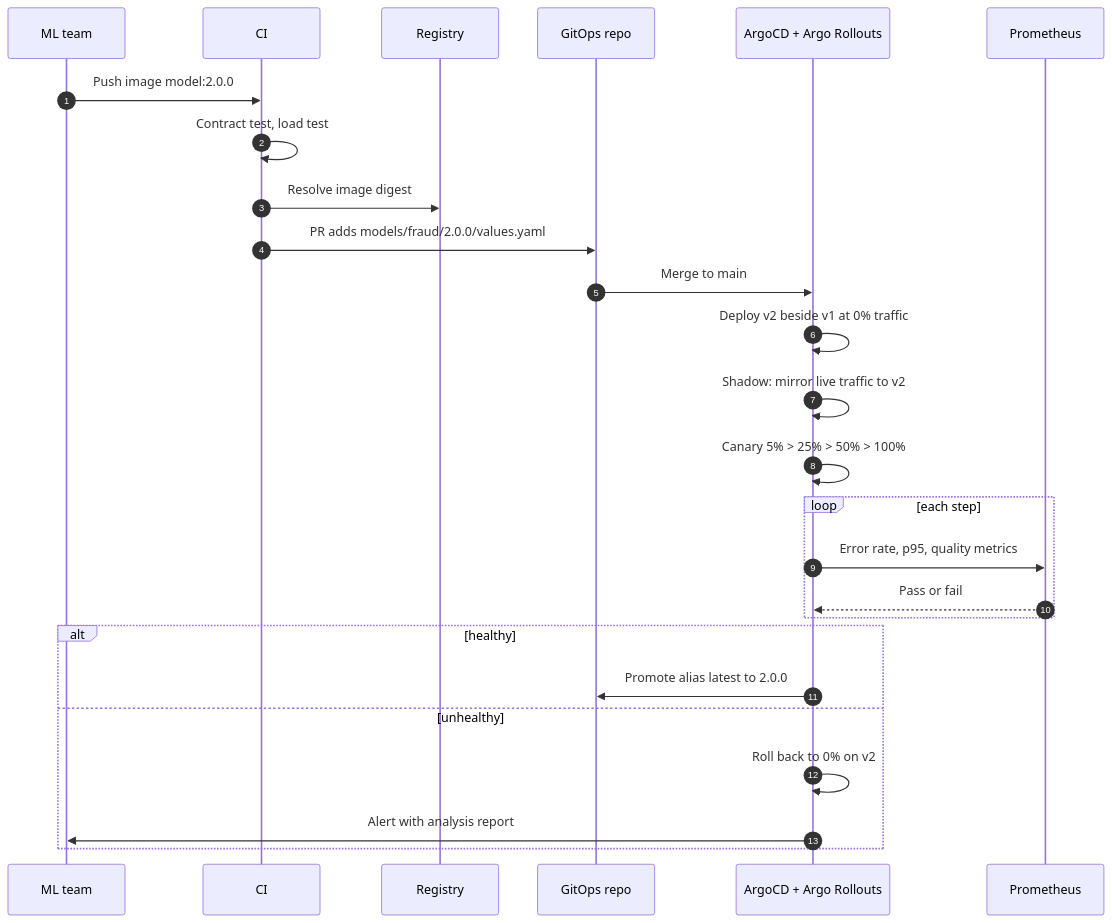
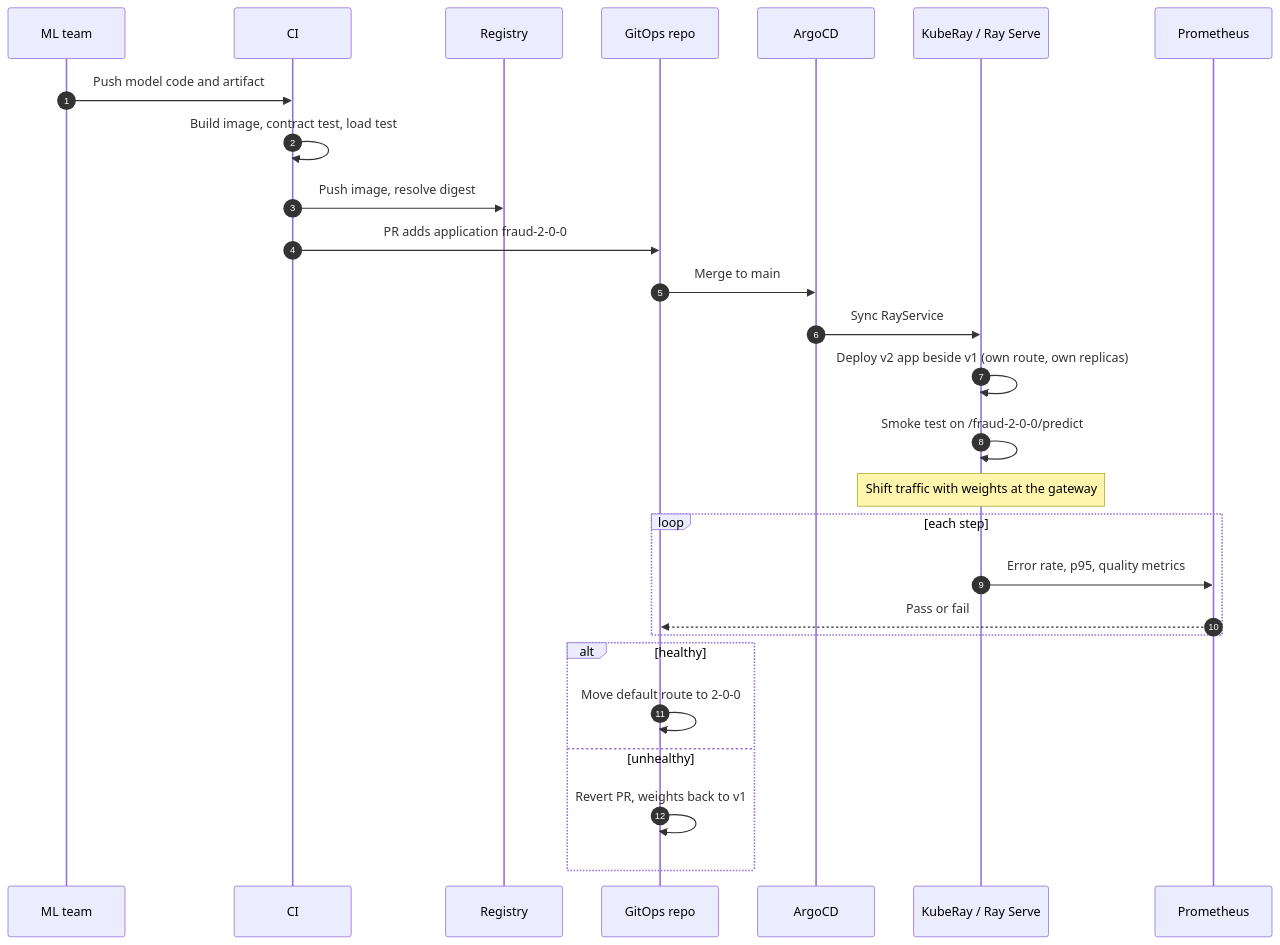
The fourth of 4 diagrams in docs/DESIGN.md (omegazyadav/cf-assignment), drawn with Mermaid before and after one commit. The commit also changed other lines of this file and 19 other files, not shown here.

````diff
--- a/docs/DESIGN.md
+++ b/docs/DESIGN.md
@@ -170,28 +182,29 @@
 ```mermaid
 sequenceDiagram
     autonumber
     participant ML as ML team
     participant CI as CI
     participant Reg as Registry
     participant Git as GitOps repo
-    participant Argo as ArgoCD + Argo Rollouts
+    participant Argo as ArgoCD
+    participant Ray as KubeRay / Ray Serve
     participant Prom as Prometheus
-    ML->>CI: Push image model:2.0.0
-    CI->>CI: Contract test, load test
-    CI->>Reg: Resolve image digest
-    CI->>Git: PR adds models/fraud/2.0.0/values.yaml
+    ML->>CI: Push model code and artifact
+    CI->>CI: Build image, contract test, load test
+    CI->>Reg: Push image, resolve digest
+    CI->>Git: PR adds application fraud-2-0-0
     Git->>Argo: Merge to main
-    Argo->>Argo: Deploy v2 beside v1 at 0% traffic
-    Argo->>Argo: Shadow: mirror live traffic to v2
-    Argo->>Argo: Canary 5% > 25% > 50% > 100%
+    Argo->>Ray: Sync RayService
+    Ray->>Ray: Deploy v2 app beside v1 (own route, own replicas)
+    Ray->>Ray: Smoke test on /fraud-2-0-0/predict
+    Note over Ray: Shift traffic with weights at the gateway
     loop each step
-        Argo->>Prom: Error rate, p95, quality metrics
-        Prom-->>Argo: Pass or fail
+        Ray->>Prom: Error rate, p95, quality metrics
+        Prom-->>Git: Pass or fail
     end
     alt healthy
-        Argo->>Git: Promote alias latest to 2.0.0
+        Git->>Git: Move default route to 2-0-0
     else unhealthy
-        Argo->>Argo: Roll back to 0% on v2
-        Argo->>ML: Alert with analysis report
+        Git->>Git: Revert PR, weights back to v1
     end
 ```
````
